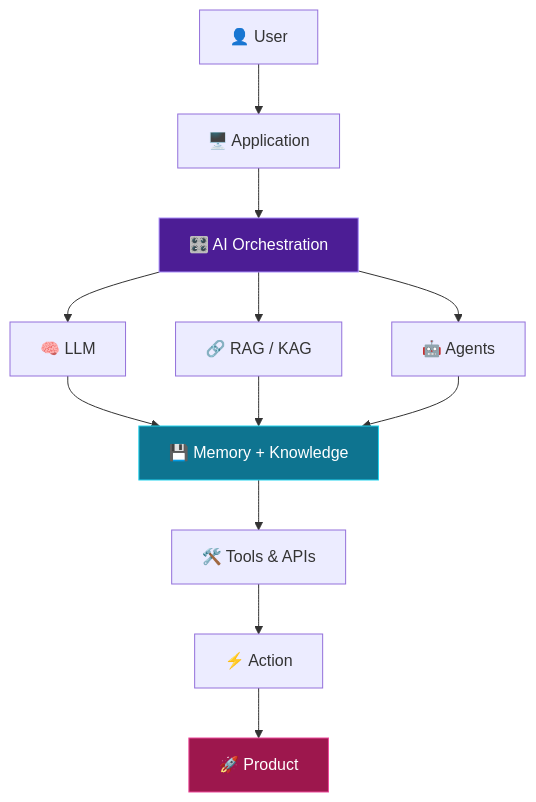
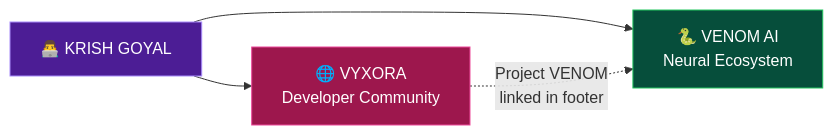
One commit to Krishgoyal31/Krishgoyal31 changed the fifth of 5 diagrams in README.md. Above: the diagram before and after it, drawn with Mermaid. The commit also changed other lines of this file, not shown here.

````diff
--- a/README.md
+++ b/README.md
@@ -182,14 +329,9 @@
 ```mermaid
-flowchart TD
-    U["👤 User"] --> APP["🖥️ Application"] --> OR["🎛️ AI Orchestration"]
-    OR --> LLM["🧠 LLM"]
-    OR --> RAG["🔗 RAG / KAG"]
-    OR --> AG["🤖 Agents"]
-    LLM --> MEM["💾 Memory + Knowledge"]
-    RAG --> MEM
-    AG --> MEM
-    MEM --> TOOLS["🛠️ Tools & APIs"] --> ACT["⚡ Action"] --> PROD["🚀 Product"]
-    style OR fill:#4C1D95,stroke:#A78BFA,color:#fff
-    style MEM fill:#0E7490,stroke:#22D3EE,color:#fff
-    style PROD fill:#9D174D,stroke:#EC4899,color:#fff
+flowchart LR
+    K["👨‍💻 KRISH GOYAL"] --> V["🌐 VYXORA<br/>Developer Community"]
+    K --> N["🐍 VENOM AI<br/>Neural Ecosystem"]
+    V -. "Project VENOM<br/>linked in footer" .-> N
+    style K fill:#4C1D95,stroke:#A78BFA,color:#fff
+    style V fill:#9D174D,stroke:#EC4899,color:#fff
+    style N fill:#064E3B,stroke:#22C55E,color:#fff
 ```
````
